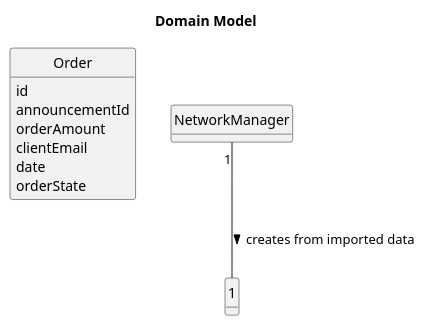
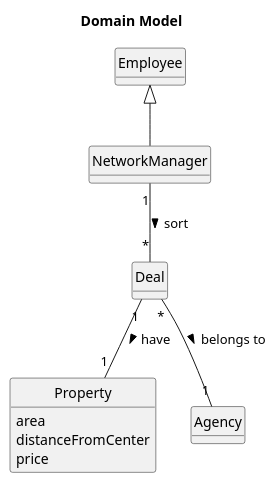
The diagram in docs/sprintD/us017/02.analysis/puml/us017-domain-model.puml (Goncalves2525/real-estate-management-system), drawn with PlantUML before and after one commit. The commit also changed 9 other files, not shown here.

```diff
--- a/docs/sprintD/us017/02.analysis/puml/us017-domain-model.puml
+++ b/docs/sprintD/us017/02.analysis/puml/us017-domain-model.puml
@@ -1,25 +1,33 @@
 @startuml
 skinparam monochrome true
 skinparam packageStyle rectangle
 skinparam shadowing false
 
 'left to right direction
 
 skinparam classAttributeIconSize 0
 
 hide circle
 hide methods
 
 title Domain Model
 
-class Order{
-    id
-    announcementId
-    orderAmount
-    clientEmail
-    date
-    orderState
+class NetworkManager extends Employee{
+
 }
-NetworkManager "1" -- "1"  : creates from imported data >
+
+
+class Deal{
+
+}
+class Property{
+    area
+    distanceFromCenter
+    price
+}
+
+NetworkManager "1" -- "*" Deal : sort >
+Deal "*" -- "1" Agency : belongs to >
+Deal "1" -- "1" Property : have >
 
 @enduml
```
